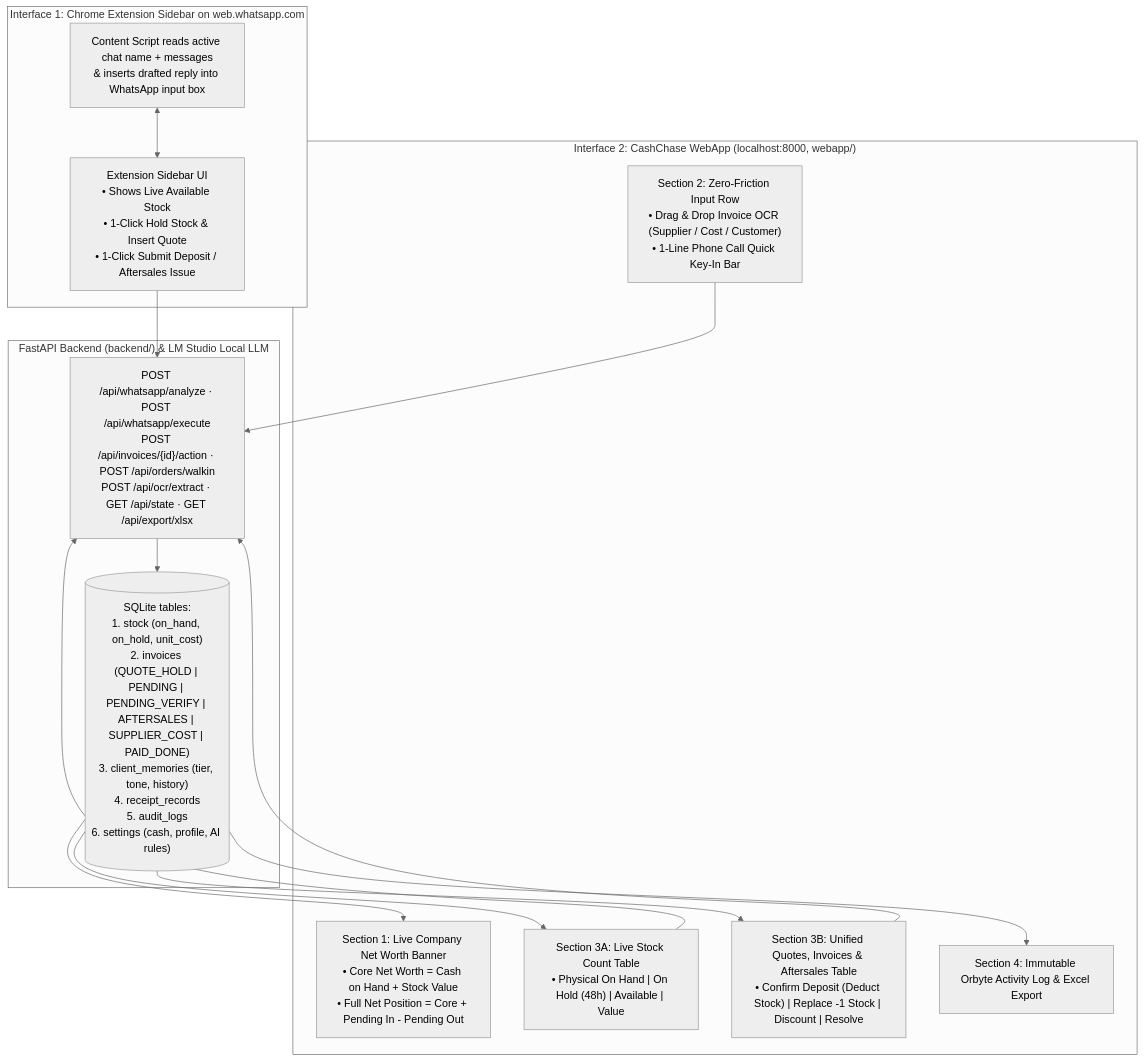
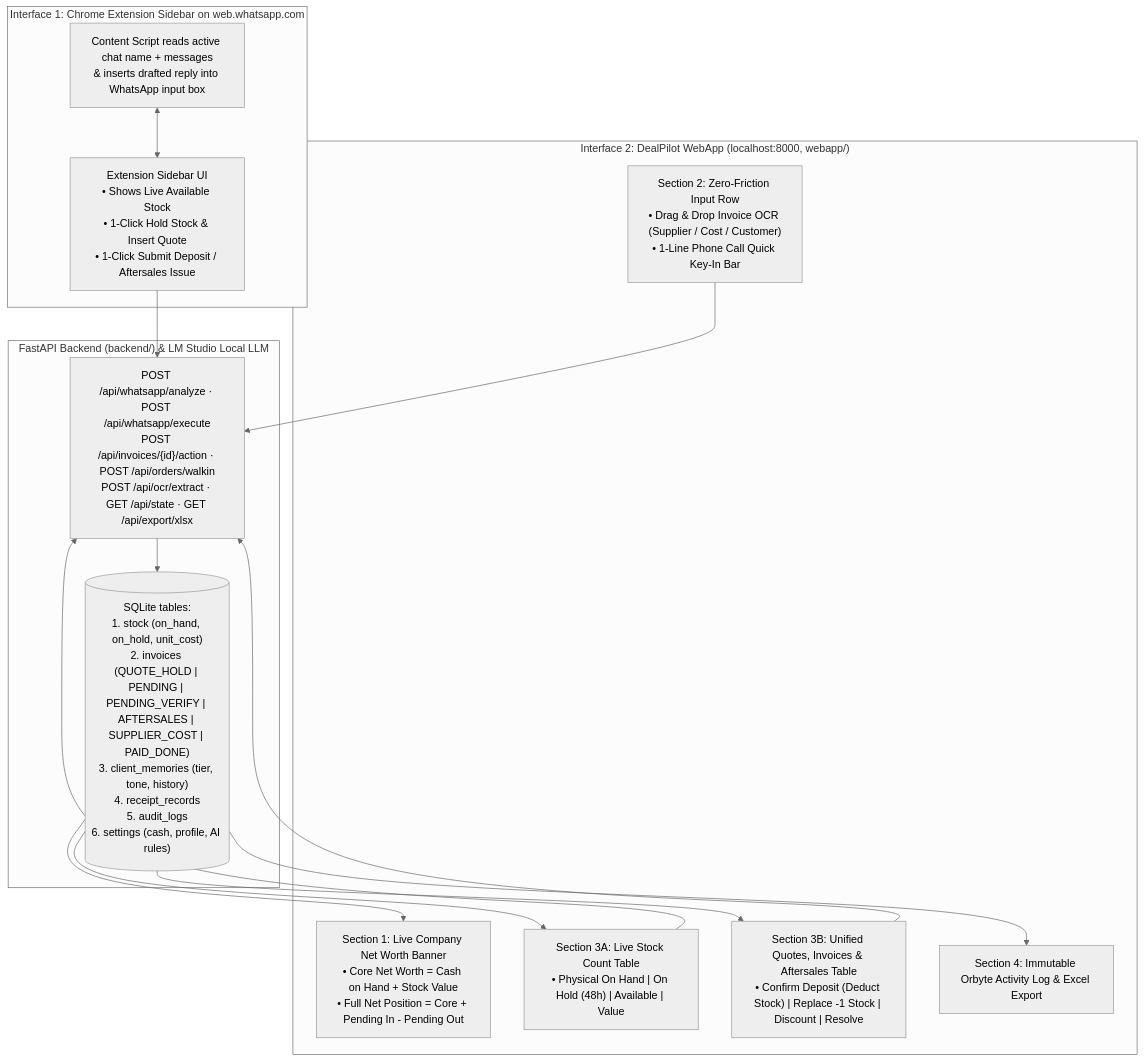
Before and after one commit to tiffanyxuan06-png/DealPilot: the diagram in docs/02_User_Flows_and_Agent_Spec.md, drawn with Mermaid (neutral theme). The commit also changed other lines of this file and 38 other files, not shown here.

First line of the commit message:
Rename to DealPilot; payment and won-deal fixes; extension stage row and Rescan icon

````diff
--- a/docs/02_User_Flows_and_Agent_Spec.md
+++ b/docs/02_User_Flows_and_Agent_Spec.md
@@ -11,26 +11,26 @@
 ```mermaid
 flowchart TB
     subgraph WA_EXT["Interface 1: Chrome Extension Sidebar on web.whatsapp.com"]
         DOM["Content Script reads active chat name + messages\n& inserts drafted reply into WhatsApp input box"]
         SIDE["Extension Sidebar UI\n• Shows Live Available Stock\n• 1-Click Hold Stock & Insert Quote\n• 1-Click Submit Deposit / Aftersales Issue"]
         DOM <--> SIDE
     end
 
-    subgraph ONE_PAGE["Interface 2: CashChase WebApp (localhost:8000, webapp/)"]
+    subgraph ONE_PAGE["Interface 2: DealPilot WebApp (localhost:8000, webapp/)"]
         NW["Section 1: Live Company Net Worth Banner\n• Core Net Worth = Cash on Hand + Stock Value\n• Full Net Position = Core + Pending In - Pending Out"]
         INP["Section 2: Zero-Friction Input Row\n• Drag & Drop Invoice OCR (Supplier / Cost / Customer)\n• 1-Line Phone Call Quick Key-In Bar"]
         STK["Section 3A: Live Stock Count Table\n• Physical On Hand | On Hold (48h) | Available | Value"]
         INV["Section 3B: Unified Quotes, Invoices & Aftersales Table\n• Confirm Deposit (Deduct Stock) | Replace -1 Stock | Discount | Resolve"]
         LOG["Section 4: Immutable Orbyte Activity Log & Excel Export"]
     end
 
     subgraph BACKEND["FastAPI Backend (backend/) & LM Studio Local LLM"]
         API["POST /api/whatsapp/analyze · POST /api/whatsapp/execute\nPOST /api/invoices/{id}/action · POST /api/orders/walkin\nPOST /api/ocr/extract · GET /api/state · GET /api/export/xlsx"]
         DB[("SQLite tables:\n1. stock (on_hand, on_hold, unit_cost)\n2. invoices (QUOTE_HOLD | PENDING | PENDING_VERIFY | AFTERSALES | SUPPLIER_COST | PAID_DONE)\n3. client_memories (tier, tone, history)\n4. receipt_records\n5. audit_logs\n6. settings (cash, profile, AI rules)")]
     end
 
     SIDE --> API
     INP & STK & INV --> API
     API --> DB
     DB --> NW & STK & INV & LOG
 ```
````
